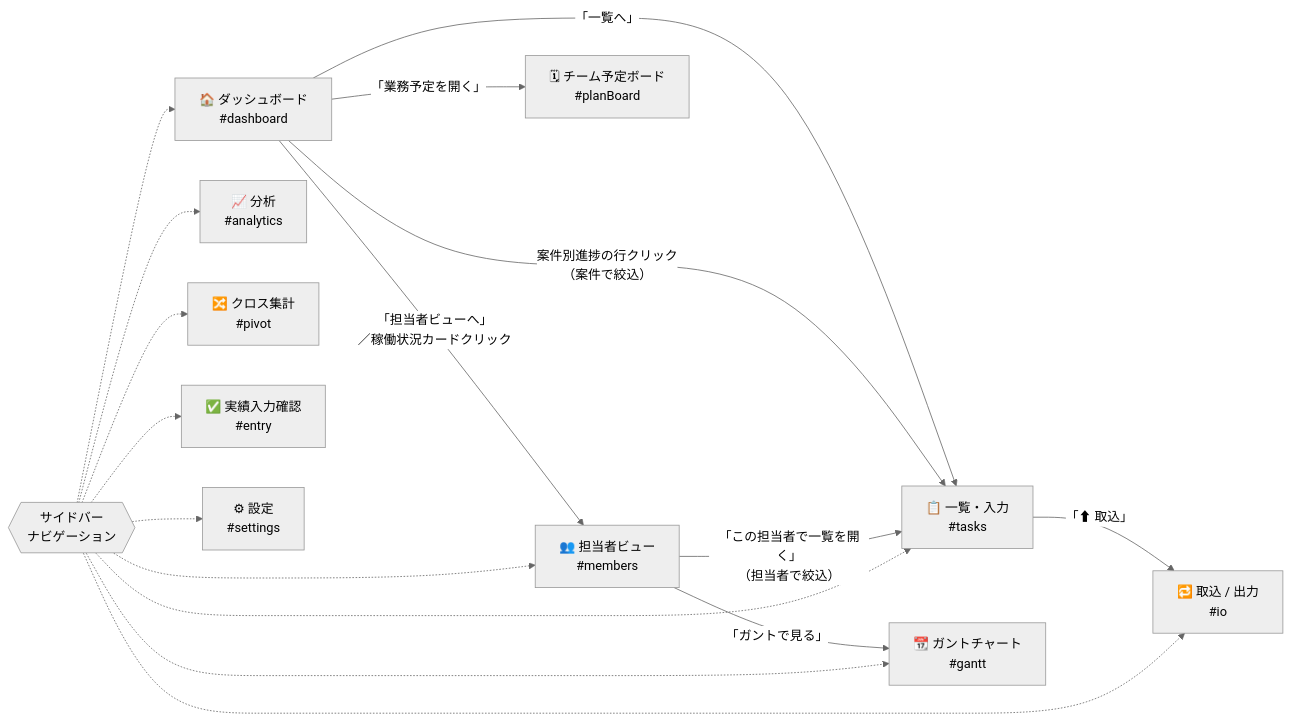
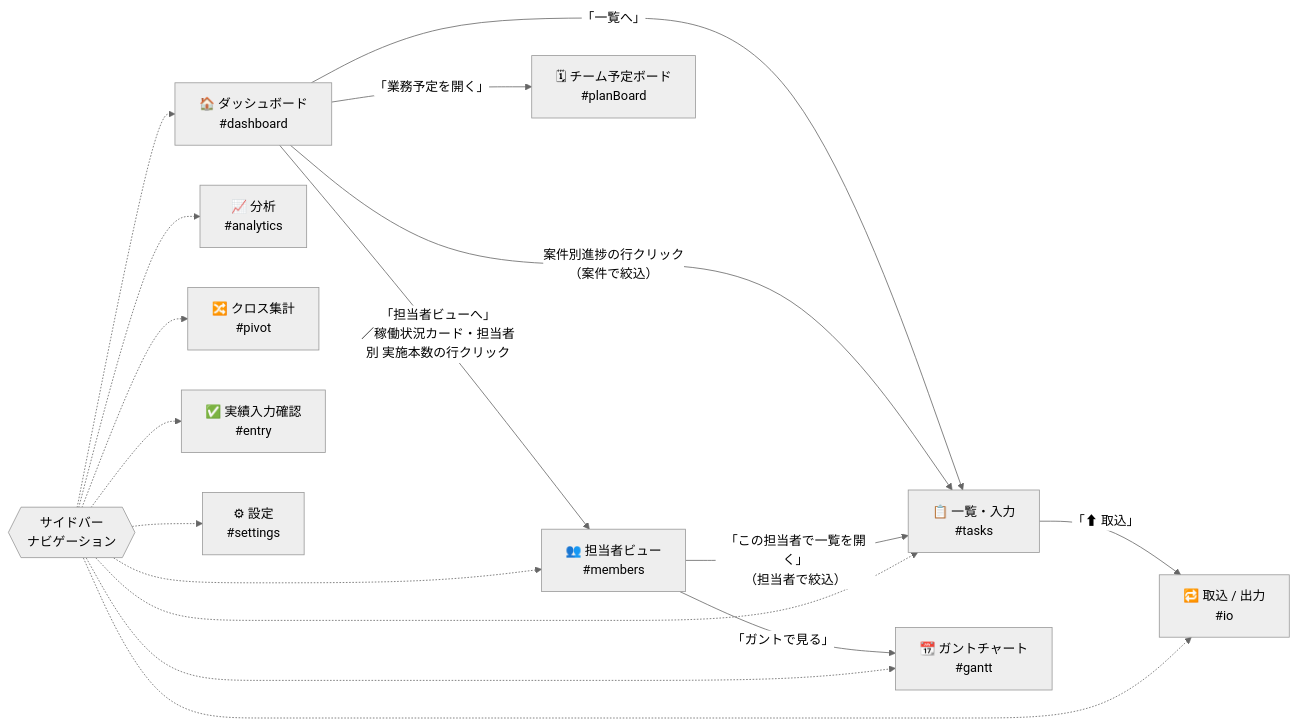
Before and after one commit to okSJ28/management-tool: the second of 7 diagrams in docs/画面遷移図.md, drawn with Mermaid (neutral theme). The commit also changed other lines of this file and 18 other files, not shown here.

````diff
--- a/docs/画面遷移図.md
+++ b/docs/画面遷移図.md
@@ -81,34 +81,34 @@
 ```mermaid
 flowchart LR
     DASH["🏠 ダッシュボード<br/>#dashboard"]
     TASKS["📋 一覧・入力<br/>#tasks"]
     MEM["👥 担当者ビュー<br/>#members"]
     GANTT["📆 ガントチャート<br/>#gantt"]
     ANA["📈 分析<br/>#analytics"]
     PIVOT["🔀 クロス集計<br/>#pivot"]
     ENTRY["✅ 実績入力確認<br/>#entry"]
     IO["🔁 取込 / 出力<br/>#io"]
     SET["⚙ 設定<br/>#settings"]
     BOARD["🗓 チーム予定ボード<br/>#planBoard"]
 
     DASH -->|"「一覧へ」"| TASKS
     DASH -->|"案件別進捗の行クリック<br/>（案件で絞込）"| TASKS
-    DASH -->|"「担当者ビューへ」<br/>／稼働状況カードクリック"| MEM
+    DASH -->|"「担当者ビューへ」<br/>／稼働状況カード・担当者別 実施本数の行クリック"| MEM
     DASH -->|"「業務予定を開く」"| BOARD
 
     MEM -->|"「この担当者で一覧を開く」<br/>（担当者で絞込）"| TASKS
     MEM -->|"「ガントで見る」"| GANTT
 
     TASKS -->|"「⬆ 取込」"| IO
 
     NAV{{"サイドバー<br/>ナビゲーション"}}
     NAV -.-> DASH
     NAV -.-> TASKS
     NAV -.-> MEM
     NAV -.-> GANTT
     NAV -.-> ANA
     NAV -.-> PIVOT
     NAV -.-> ENTRY
     NAV -.-> IO
     NAV -.-> SET
 ```
````
